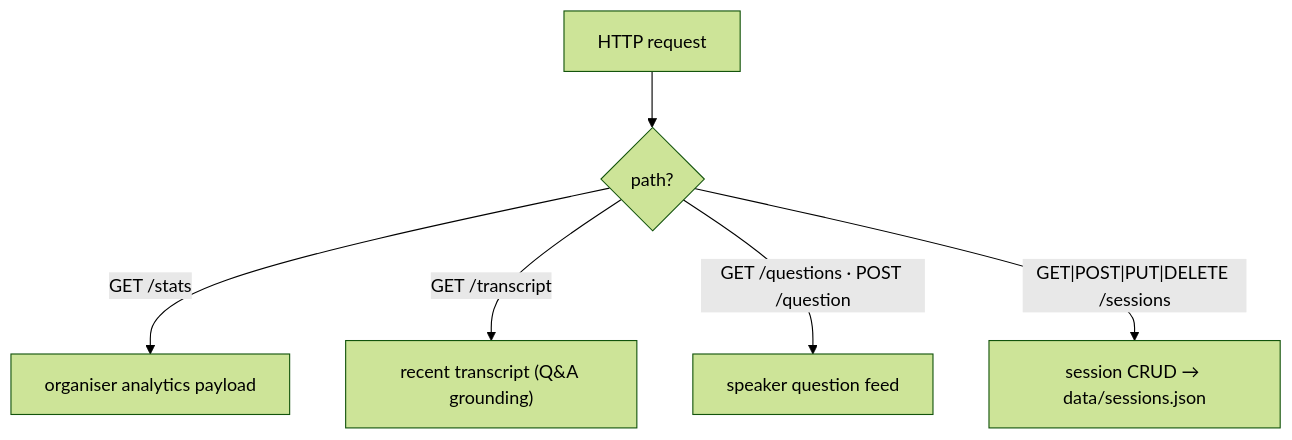
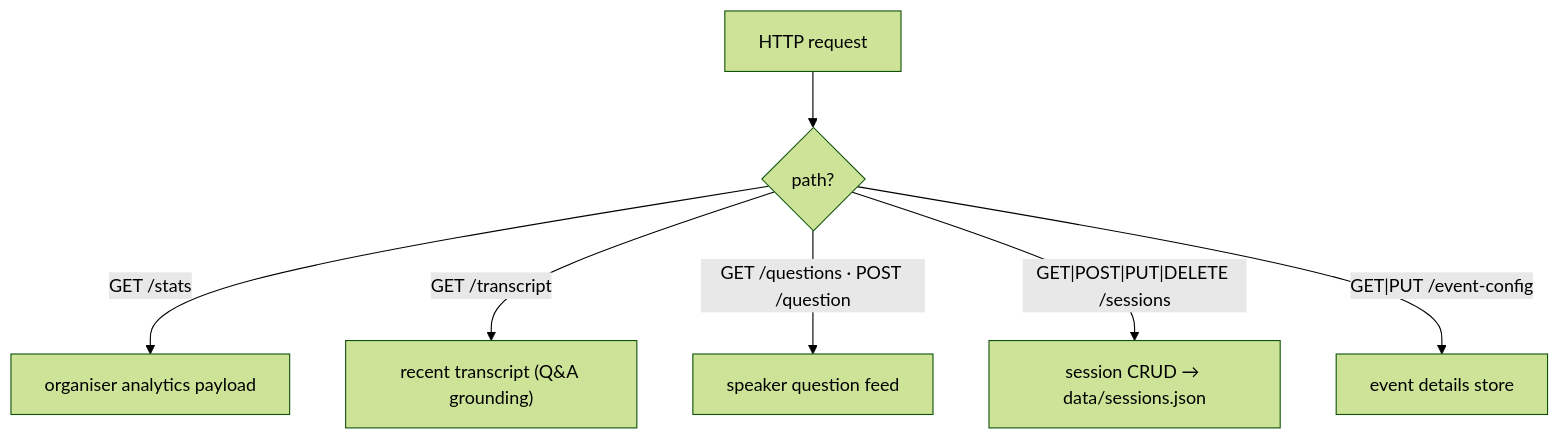
One commit to crypticsaiyan/Unison changed the third of 8 diagrams in ARCHITECTURE.md. Above: the diagram before and after it, drawn with Mermaid (forest theme). The commit also changed other lines of this file and 2 other files, not shown here.

First line of the commit message:
Docs: update architecture and guidance to current state

````diff
--- a/ARCHITECTURE.md
+++ b/ARCHITECTURE.md
@@ -53,8 +54,9 @@
 ```mermaid
 flowchart TD
     HTTP["HTTP request"] --> P{"path?"}
     P -- "GET /stats" --> S1["organiser analytics payload"]
     P -- "GET /transcript" --> S2["recent transcript (Q&A grounding)"]
     P -- "GET /questions · POST /question" --> S3["speaker question feed"]
     P -- "GET|POST|PUT|DELETE /sessions" --> S4["session CRUD → data/sessions.json"]
+    P -- "GET|PUT /event-config" --> S5["event details store"]
 ```
````
